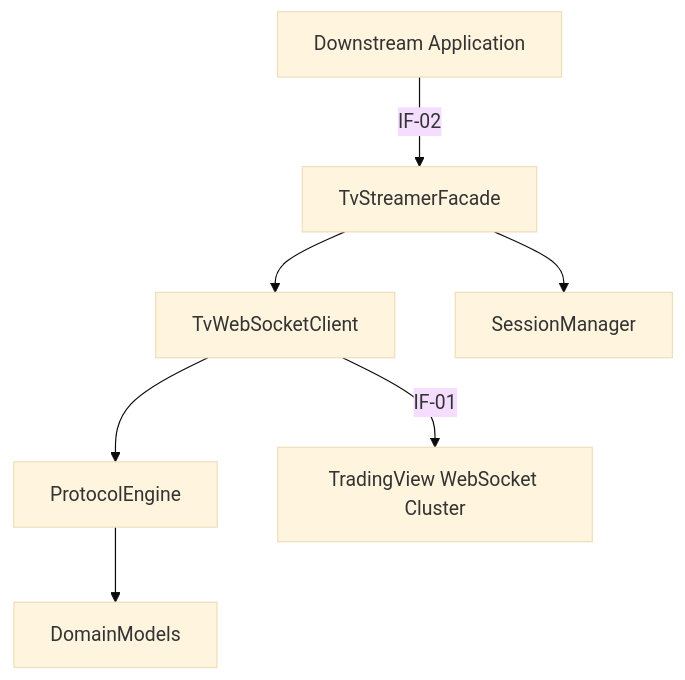
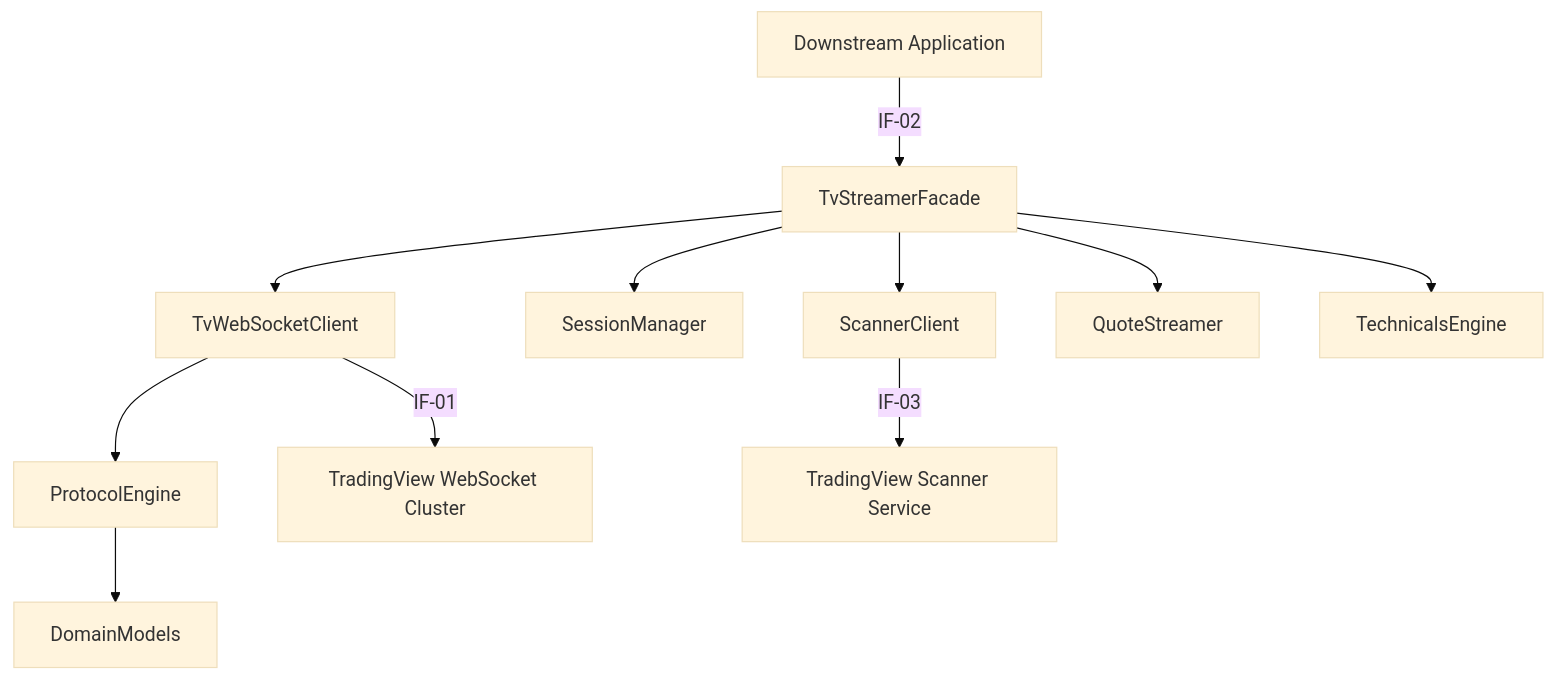
One commit to ihkaru/tradingview-streamer-rs changed the diagram in docs/architecture/05_building_block_view.md. Above: the diagram before and after it, drawn with Mermaid (base theme). The commit also changed other lines of this file and 21 other files, not shown here.

Commit message:
feat(roadmap): add phases 008-016 and update arc42 for upstream scraper parity

````diff
--- a/docs/architecture/05_building_block_view.md
+++ b/docs/architecture/05_building_block_view.md
@@ -11,9 +11,13 @@
 ```mermaid
 graph TD
     ClientApp["Downstream Application"] -- "IF-02" --> TvStreamerFacade["TvStreamerFacade"]
     TvStreamerFacade --> TvWebSocketClient["TvWebSocketClient"]
     TvStreamerFacade --> SessionManager["SessionManager"]
+    TvStreamerFacade --> ScannerClient["ScannerClient"]
+    TvStreamerFacade --> QuoteStreamer["QuoteStreamer"]
+    TvStreamerFacade --> TechnicalsEngine["TechnicalsEngine"]
     TvWebSocketClient --> ProtocolEngine["ProtocolEngine"]
     TvWebSocketClient -- "IF-01" --> TradingViewCluster["TradingView WebSocket Cluster"]
+    ScannerClient -- "IF-03" --> TradingViewScanner["TradingView Scanner Service"]
     ProtocolEngine --> DomainModels["DomainModels"]
 ```
````
